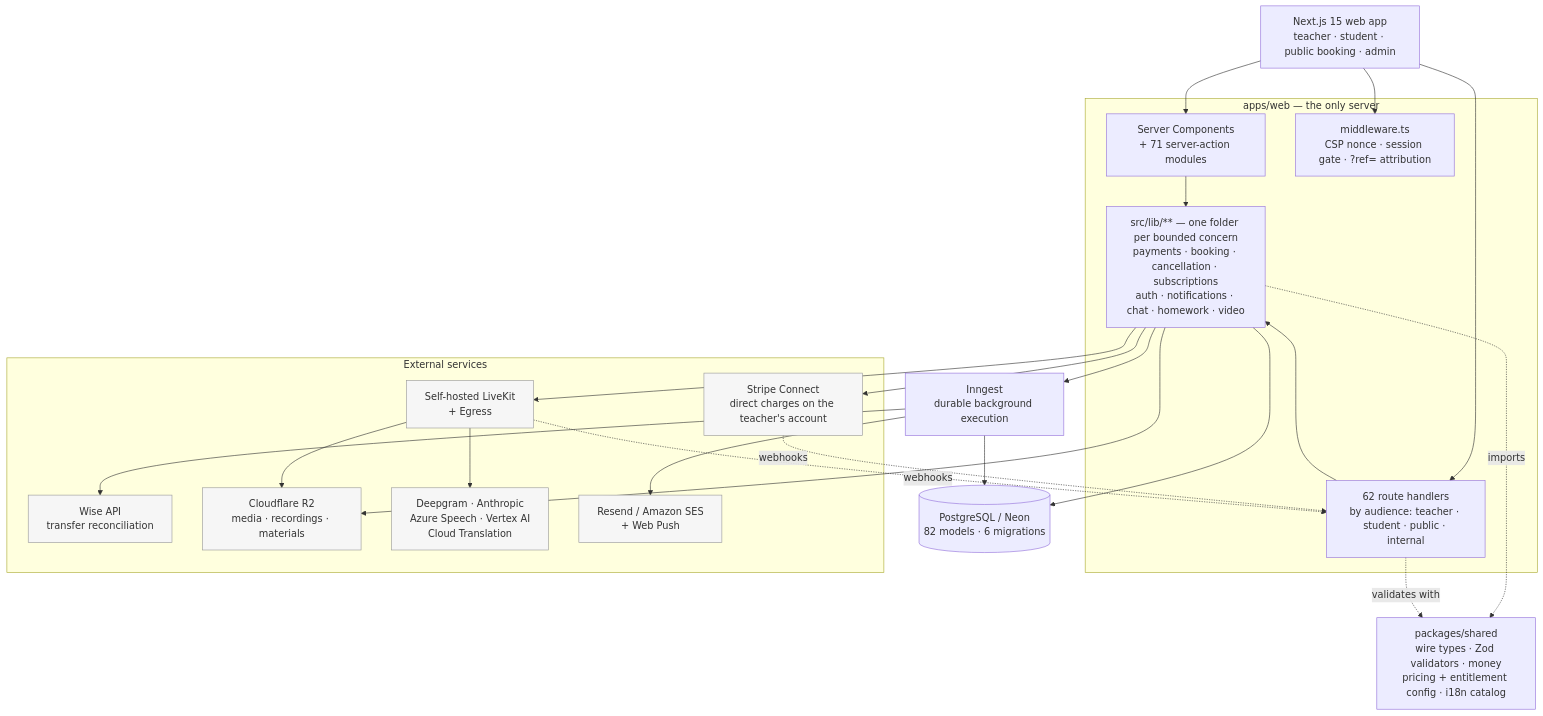
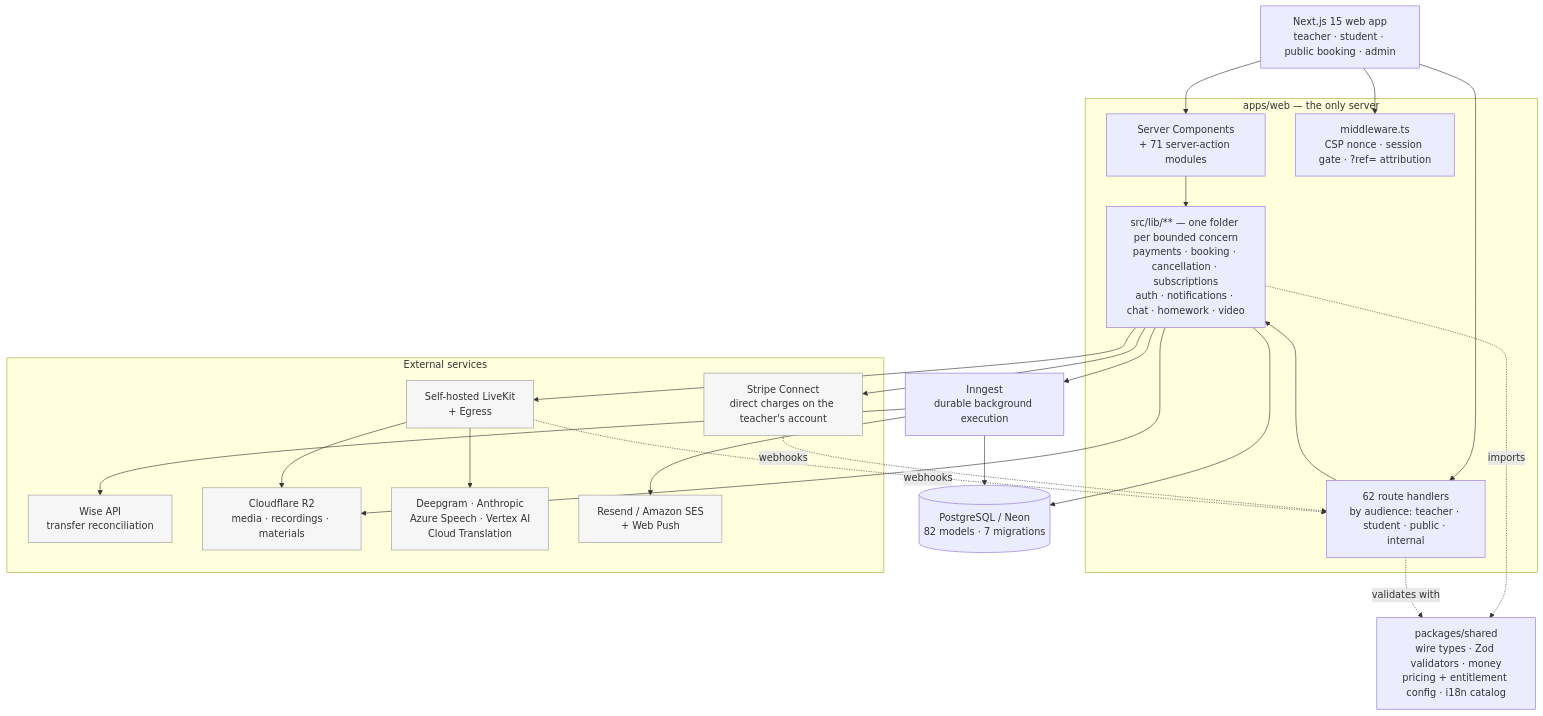
The first of 2 diagrams in README.md (jaystewartuk/spiralclass), drawn with Mermaid before and after one commit. The commit also changed other lines of this file and 39 other files, not shown here.

````diff
--- a/README.md
+++ b/README.md
@@ -131,48 +131,48 @@
 ```mermaid
 graph TB
     WEB["Next.js 15 web app<br/>teacher · student · public booking · admin"]
 
     subgraph app["apps/web — the only server"]
         RSC["Server Components<br/>+ 71 server-action modules"]
         API["62 route handlers<br/>by audience: teacher · student · public · internal"]
         MW["middleware.ts<br/>CSP nonce · session gate · ?ref= attribution"]
         LIB["src/lib/** — one folder per bounded concern<br/>payments · booking · cancellation · subscriptions<br/>auth · notifications · chat · homework · video"]
     end
 
     SH["packages/shared<br/>wire types · Zod validators · money<br/>pricing + entitlement config · i18n catalog"]
 
-    DB[("PostgreSQL / Neon<br/>82 models · 6 migrations")]
+    DB[("PostgreSQL / Neon<br/>82 models · 7 migrations")]
     JOBS["Inngest<br/>durable background execution"]
 
     subgraph external["External services"]
         STRIPE["Stripe Connect<br/>direct charges on the teacher's account"]
         WISE["Wise API<br/>transfer reconciliation"]
         LK["Self-hosted LiveKit<br/>+ Egress"]
         R2["Cloudflare R2<br/>media · recordings · materials"]
         AI["Deepgram · Anthropic<br/>Azure Speech · Vertex AI<br/>Cloud Translation"]
         MAIL["Resend / Amazon SES<br/>+ Web Push"]
     end
 
     WEB --> MW
     WEB --> RSC
     WEB --> API
     RSC --> LIB
     API --> LIB
     LIB --> DB
     LIB --> JOBS
     JOBS --> DB
     JOBS --> MAIL
     LIB --> STRIPE
     JOBS --> WISE
     LIB --> LK
     LK --> R2
     LK --> AI
     LIB --> R2
     LIB -.imports.-> SH
     API -.validates with.-> SH
     STRIPE -.webhooks.-> API
     LK -.webhooks.-> API
 
     classDef ext fill:#f6f6f6,stroke:#999,color:#333
     class STRIPE,WISE,LK,R2,AI,MAIL ext
 ```
````
